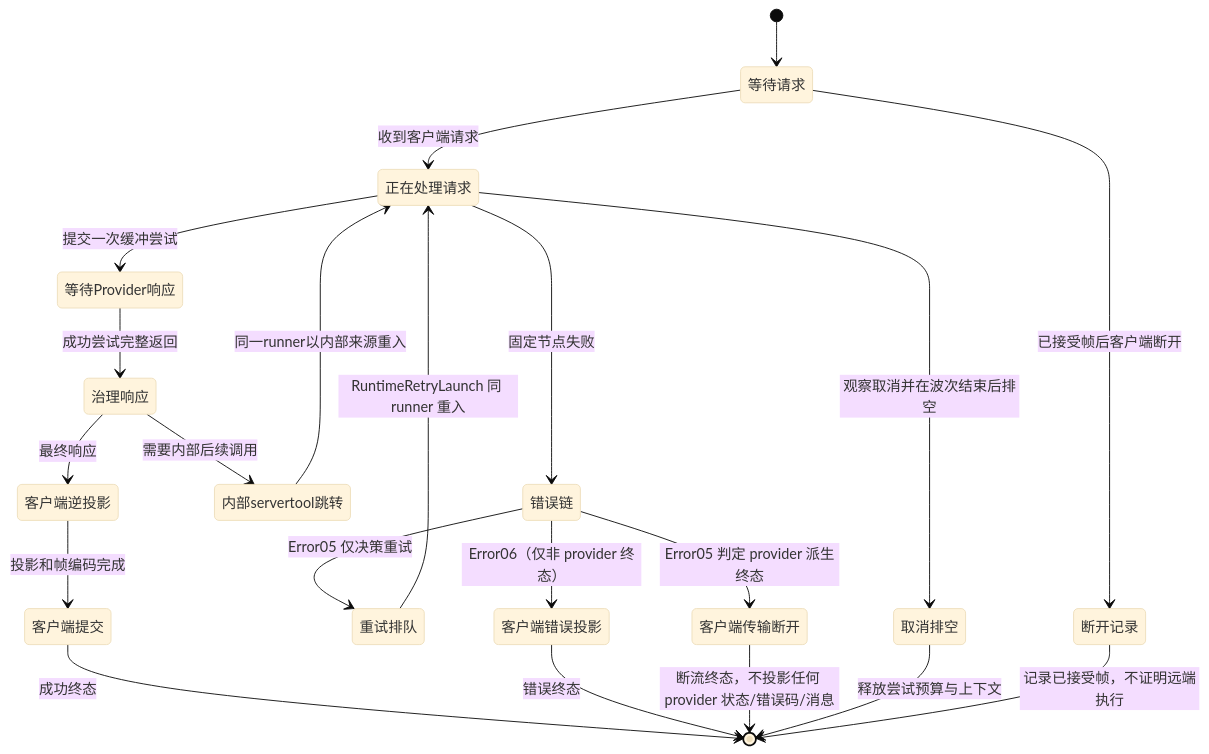
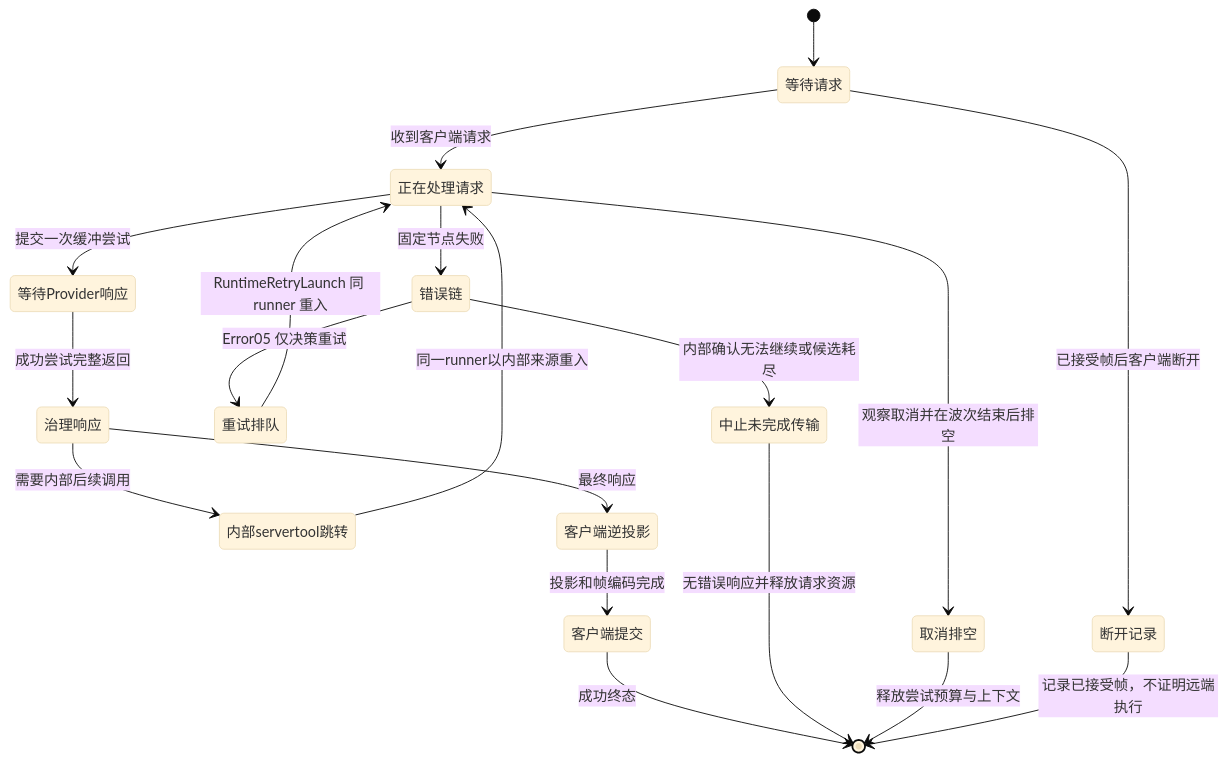
One commit to Jasonzhangf/routecodex changed the fourth of 4 diagrams in docs/design/v3-unified-operation-runner-design.md. Above: the diagram before and after it, drawn with Mermaid (base theme). The commit also changed other lines of this file and 39 other files, not shown here.

````diff
--- a/docs/design/v3-unified-operation-runner-design.md
+++ b/docs/design/v3-unified-operation-runner-design.md
@@ -415,23 +420,21 @@
 ```mermaid
 stateDiagram-v2
   [*] --> 等待请求
   等待请求 --> 正在处理请求: 收到客户端请求
   正在处理请求 --> 等待Provider响应: 提交一次缓冲尝试
   正在处理请求 --> 错误链: 固定节点失败
   等待Provider响应 --> 治理响应: 成功尝试完整返回
   治理响应 --> 内部servertool跳转: 需要内部后续调用
   内部servertool跳转 --> 正在处理请求: 同一runner以内部来源重入
   治理响应 --> 客户端逆投影: 最终响应
   客户端逆投影 --> 客户端提交: 投影和帧编码完成
   客户端提交 --> [*]: 成功终态
   错误链 --> 重试排队: Error05 仅决策重试
   重试排队 --> 正在处理请求: RuntimeRetryLaunch 同 runner 重入
-  错误链 --> 客户端错误投影: Error06（仅非 provider 终态）
-  客户端错误投影 --> [*]: 错误终态
-  错误链 --> 客户端传输断开: Error05 判定 provider 派生终态
-  客户端传输断开 --> [*]: 断流终态，不投影任何 provider 状态/错误码/消息
+  错误链 --> 中止未完成传输: 内部确认无法继续或候选耗尽
+  中止未完成传输 --> [*]: 无错误响应并释放请求资源
   正在处理请求 --> 取消排空: 观察取消并在波次结束后排空
   取消排空 --> [*]: 释放尝试预算与上下文
   等待请求 --> 断开记录: 已接受帧后客户端断开
   断开记录 --> [*]: 记录已接受帧，不证明远端执行
 ```
````
